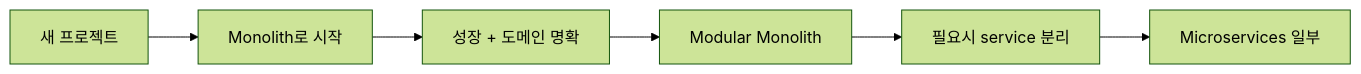
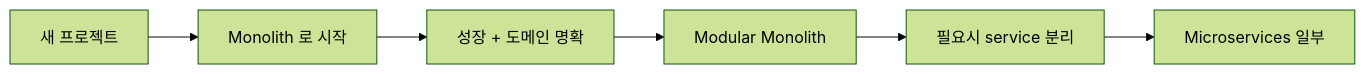
Before and after one commit to shinkeonkim/shinkeonkim.github.io: the second of 11 diagrams in src/content/wiki/distributed-systems/microservices-vs-monolith.mdx, drawn with Mermaid (forest theme). The commit also changed other lines of this file and 526 other files, not shown here.

First line of the commit message:
content(wiki): 전수조사 및 대규모 보강 (짧은 파일 0, mermaid +645)

````diff
--- a/src/content/wiki/distributed-systems/microservices-vs-monolith.mdx
+++ b/src/content/wiki/distributed-systems/microservices-vs-monolith.mdx
@@ -41,8 +41,8 @@
 ```mermaid
 flowchart LR
-    Start[새 프로젝트] --> Mono[Monolith로 시작]
-    Mono --> Grow[성장 + 도메인 명확]
+    Start[새 프로젝트] --> Mono["Monolith 로 시작"]
+    Mono --> Grow["성장 + 도메인 명확"]
     Grow --> MM[Modular Monolith]
-    MM --> Carve[필요시 service 분리]
-    Carve --> MS[Microservices 일부]
+    MM --> Carve["필요시 service 분리"]
+    Carve --> MS["Microservices 일부"]
 ```
````
